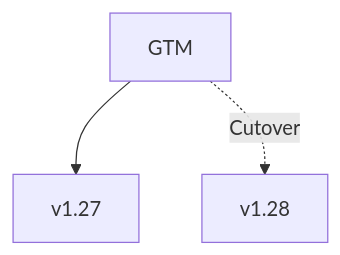
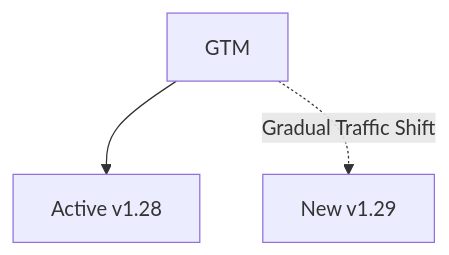
One commit to Devopstrio/hybrid-kubernetes-pattern changed the ninth of 30 diagrams in README.md. Above: the diagram before and after it, drawn with Mermaid. The commit also changed other lines of this file, not shown here.

Commit message:
docs: finalize premium institutional-grade README with 30+ diagrams and executive summary

````diff
--- a/README.md
+++ b/README.md
@@ -107,5 +149,5 @@
 ```mermaid
 graph TD
-    LB[GTM] --> V1[v1.27]
-    LB -.->|Cutover| V2[v1.28]
+    LB[GTM] --> V1[Active v1.28]
+    LB -.->|Gradual Traffic Shift| V2[New v1.29]
 ```
````
